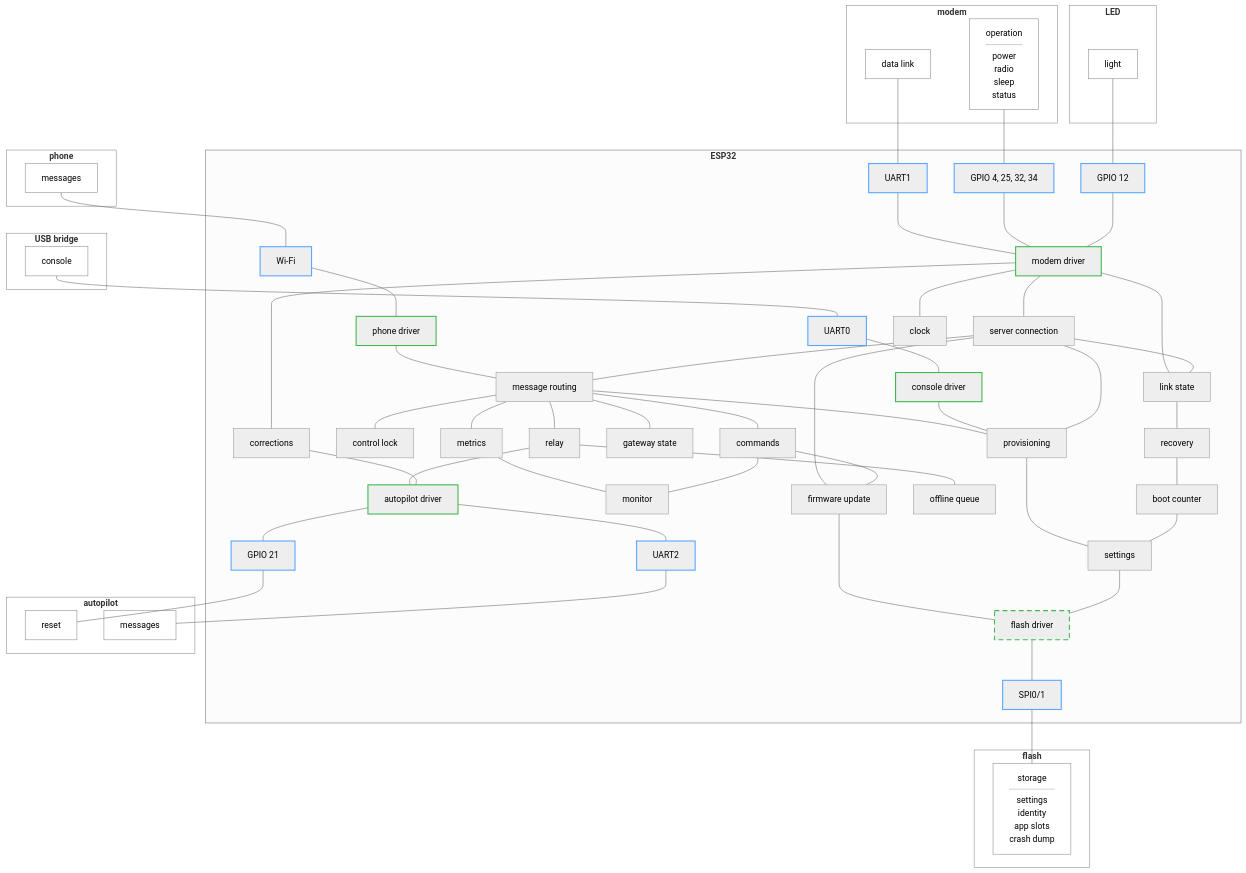
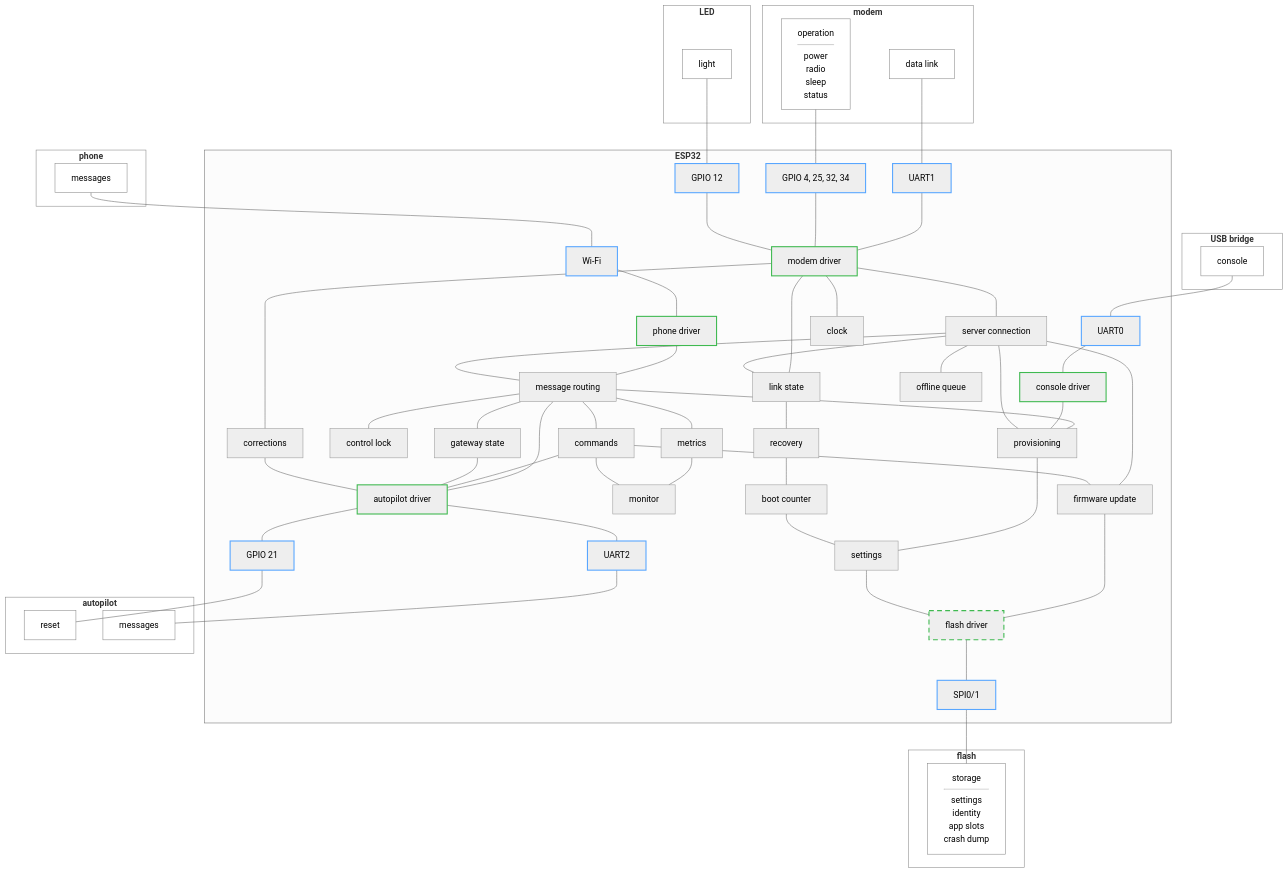
Before and after one commit to rmx-lt/rmx-mower-gateway: the diagram in .esp-architecture/diagrams/block-draft.md, drawn with Mermaid (neutral theme).

Commit message:
Draft: no relay, the autopilot driver plugs into message routing

```diff
--- a/.esp-architecture/diagrams/block-draft.md
+++ b/.esp-architecture/diagrams/block-draft.md
@@ -41,7 +41,6 @@
     clk["clock"]
     rec["recovery"]
     boot["boot counter"]
-    relay["relay"]
     q["offline queue"]
     bl["autopilot driver"]
     set["settings"]
@@ -75,7 +74,7 @@
   msg --- cmd
   msg --- state
   msg --- met
-  msg --- relay
+  msg --- bl
   met --- mon
   cmd --- mon
   cmd --- upd
@@ -84,8 +83,9 @@
   ls --- rec
   rec --- boot
   boot --- set
-  relay --- q
-  relay --- bl
+  mqtt --- q
+  cmd --- bl
+  state --- bl
   ntrip --- bl
   upd --- fs
   set --- fs
```
